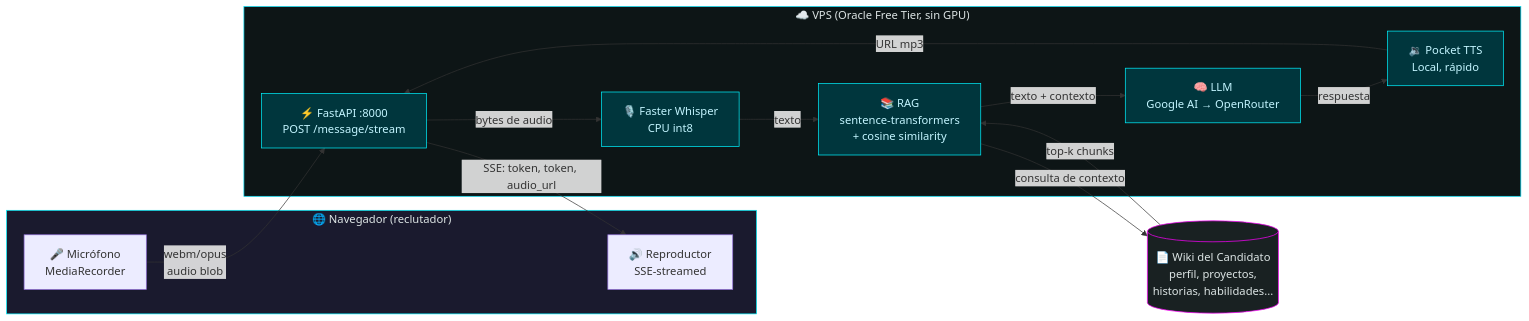
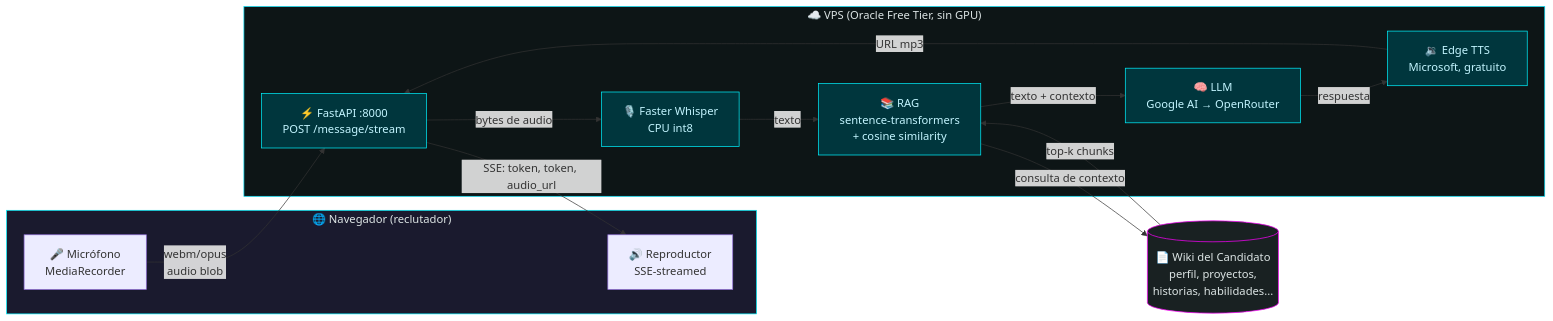
One commit to mikelrh-dev/liveInterviewRAG changed the first of 2 diagrams in README_ES.md. Above: the diagram before and after it, drawn with Mermaid. The commit also changed other lines of this file, not shown here.

First line of the commit message:
fix(readme_es): describe the TTS engine the code actually has

````diff
--- a/README_ES.md
+++ b/README_ES.md
@@ -61,36 +61,36 @@
 ```mermaid
 flowchart LR
     subgraph Browser["🌐 Navegador (reclutador)"]
         Mic[🎤 Micrófono<br/>MediaRecorder]
         Player[🔊 Reproductor<br/>SSE-streamed]
     end
 
     subgraph VPS["☁️ VPS (Oracle Free Tier, sin GPU)"]
         API["⚡ FastAPI :8000<br/>POST /message/stream"]
         STT[🎙️ Faster Whisper<br/>CPU int8]
         RAG[📚 RAG<br/>sentence-transformers<br/>+ cosine similarity]
         LLM[🧠 LLM<br/>Google AI → OpenRouter]
-        TTS[🔉 Pocket TTS<br/>Local, rápido]
+        TTS[🔉 Edge TTS<br/>Microsoft, gratuito]
     end
 
     Docs[("📄 Wiki del Candidato<br/>perfil, proyectos,<br/>historias, habilidades...")]
 
     Mic -->|"webm/opus<br/>audio blob"| API
     API -->|bytes de audio| STT
     STT -->|texto| RAG
     RAG -->|consulta de contexto| Docs
     Docs -->|top-k chunks| RAG
     RAG -->|texto + contexto| LLM
     LLM -->|respuesta| TTS
     TTS -->|URL mp3| API
     API -->|"SSE: token, token, audio_url"| Player
 
     style Browser fill:#1a1a2e,stroke:#00f3ff,color:#dce4e4
     style VPS fill:#0d1516,stroke:#00daf3,color:#dce4e4
     style Docs fill:#192122,stroke:#ff00ff,color:#dce4e4
     style API fill:#00363d,stroke:#00f3ff,color:#c3f5ff
     style STT fill:#00363d,stroke:#00f3ff,color:#c3f5ff
     style RAG fill:#00363d,stroke:#00f3ff,color:#c3f5ff
     style LLM fill:#00363d,stroke:#00f3ff,color:#c3f5ff
     style TTS fill:#00363d,stroke:#00f3ff,color:#c3f5ff
 ```
````
